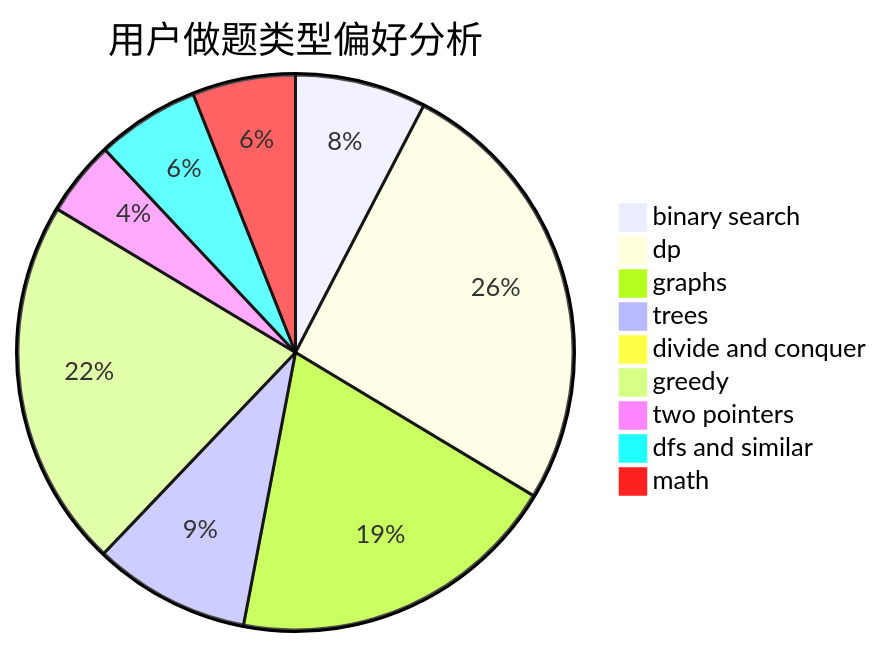
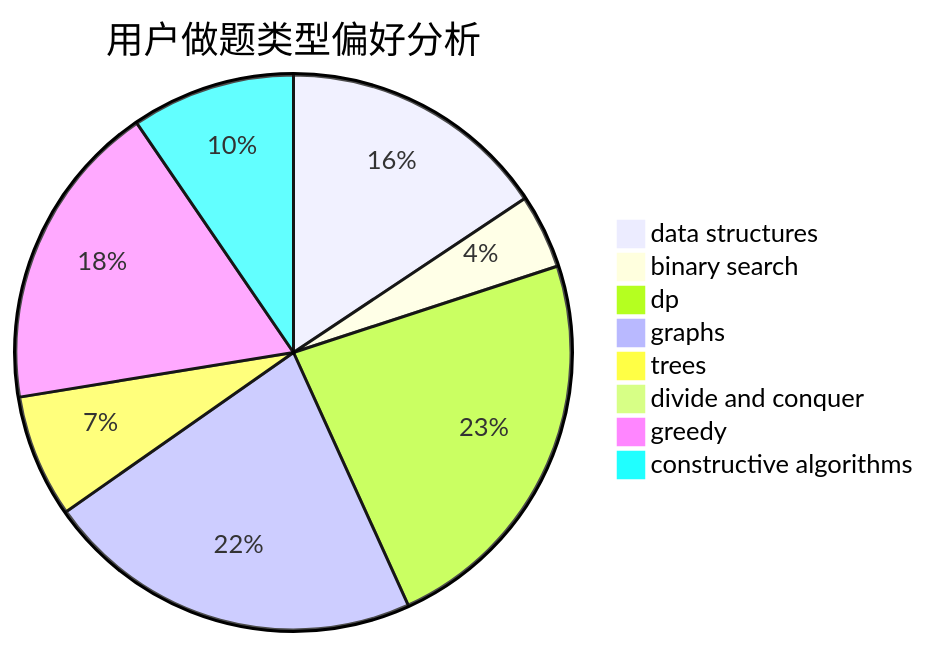
One commit to sherpahu/cfrs.github.io changed the second of 3 diagrams in docs/user/u1009.md. Above: the diagram before and after it, drawn with Mermaid. The commit also changed other lines of this file and 2775 other files, not shown here.

````diff
--- a/docs/user/u1009.md
+++ b/docs/user/u1009.md
@@ -23,12 +23,11 @@
 ```mermaid
 pie title 用户做题类型偏好分析
-    "binary search" :  61
-    "dp" :  208
-    "graphs" :  155
-    "trees" :  73
+    "data structures" :  105
+    "binary search" :  29
+    "dp" :  156
+    "graphs" :  148
+    "trees" :  48
     "divide and conquer" :  0
-    "greedy" :  172
-    "two pointers" :  35
-    "dfs and similar" :  48
-    "math" :  48
+    "greedy" :  121
+    "constructive algorithms" :  64
 ```
````
